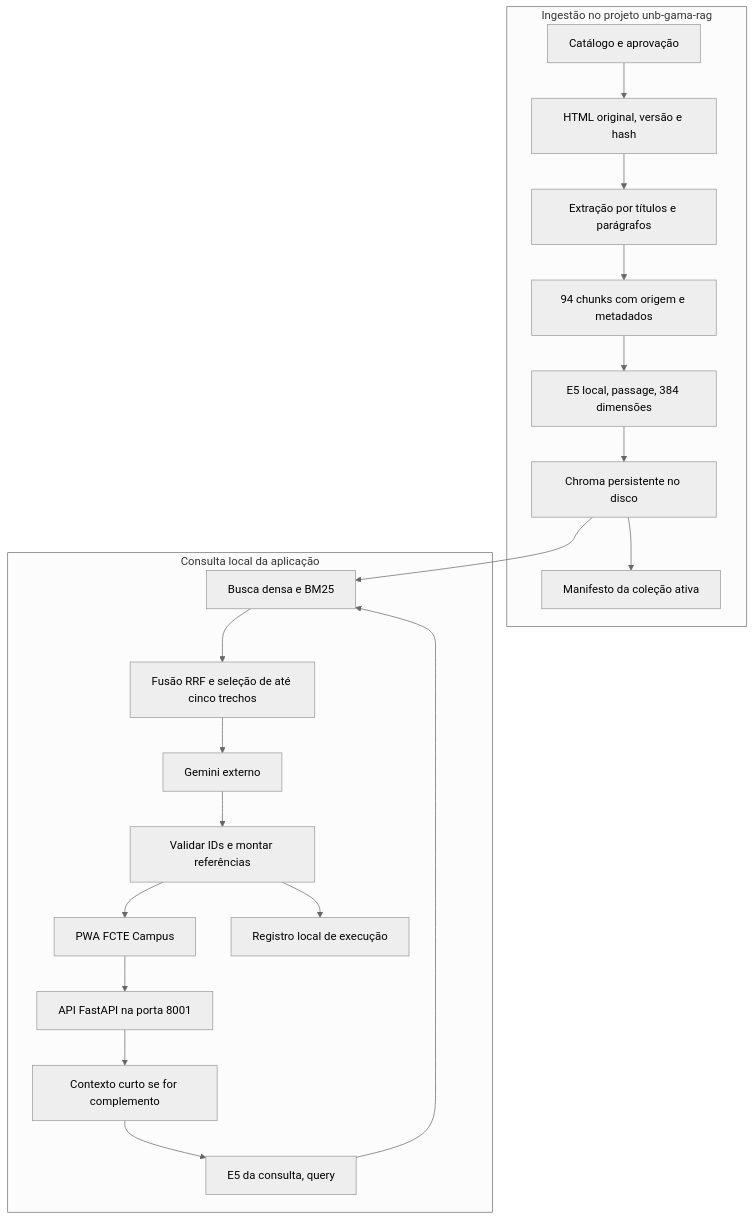
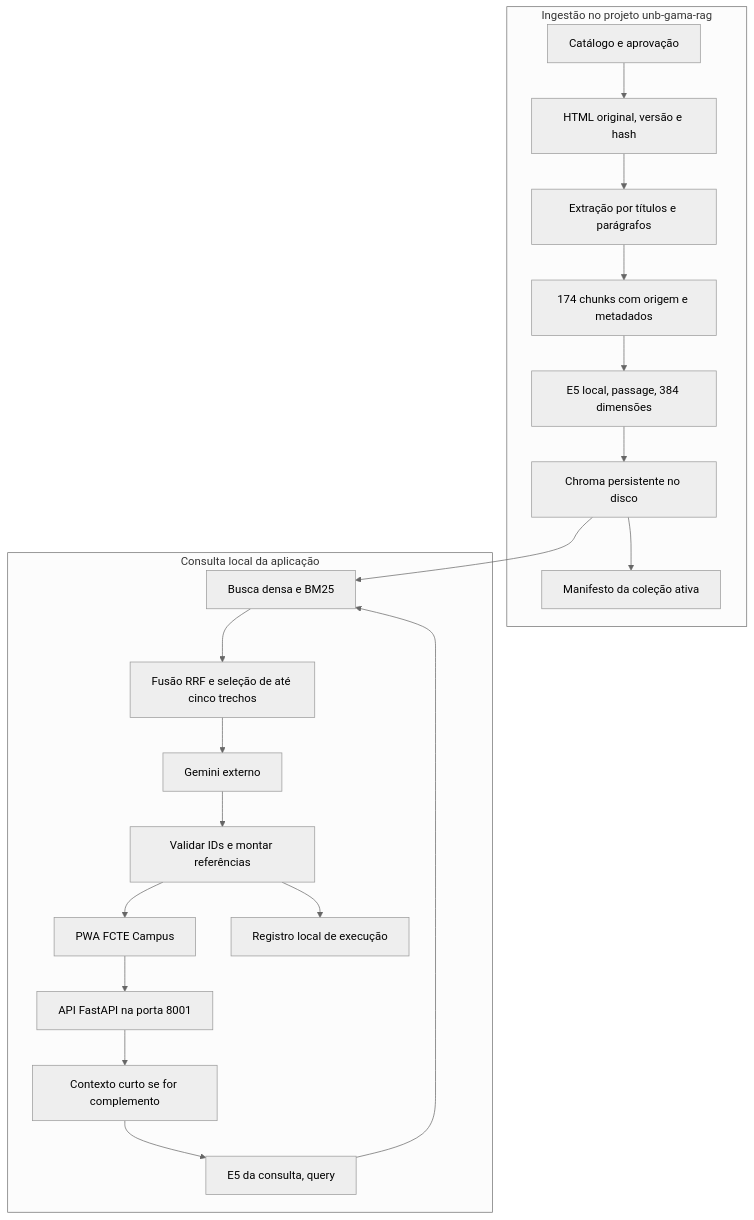
One commit to Muniz2811/residencia-grupo-9 changed the first of 3 diagrams in docs/entrega-2/arquitetura.md. Above: the diagram before and after it, drawn with Mermaid (neutral theme). The commit also changed other lines of this file and 35 other files, not shown here.

````diff
--- a/docs/entrega-2/arquitetura.md
+++ b/docs/entrega-2/arquitetura.md
@@ -7,23 +7,23 @@
 ```mermaid
 flowchart TB
   subgraph ING[Ingestão no projeto unb-gama-rag]
     C[Catálogo e aprovação] --> O[HTML original, versão e hash]
     O --> E[Extração por títulos e parágrafos]
-    E --> CH[94 chunks com origem e metadados]
+    E --> CH[174 chunks com origem e metadados]
     CH --> V[E5 local, passage, 384 dimensões]
     V --> I[Chroma persistente no disco]
     I --> M[Manifesto da coleção ativa]
   end
   subgraph ASK[Consulta local da aplicação]
     P[PWA FCTE Campus] --> A[API FastAPI na porta 8001]
     A --> H[Contexto curto se for complemento]
     H --> Q[E5 da consulta, query]
     Q --> B[Busca densa e BM25]
     I --> B
     B --> R[Fusão RRF e seleção de até cinco trechos]
     R --> G[Gemini externo]
     G --> S[Validar IDs e montar referências]
     S --> P
     S --> L[Registro local de execução]
   end
 ```
````
